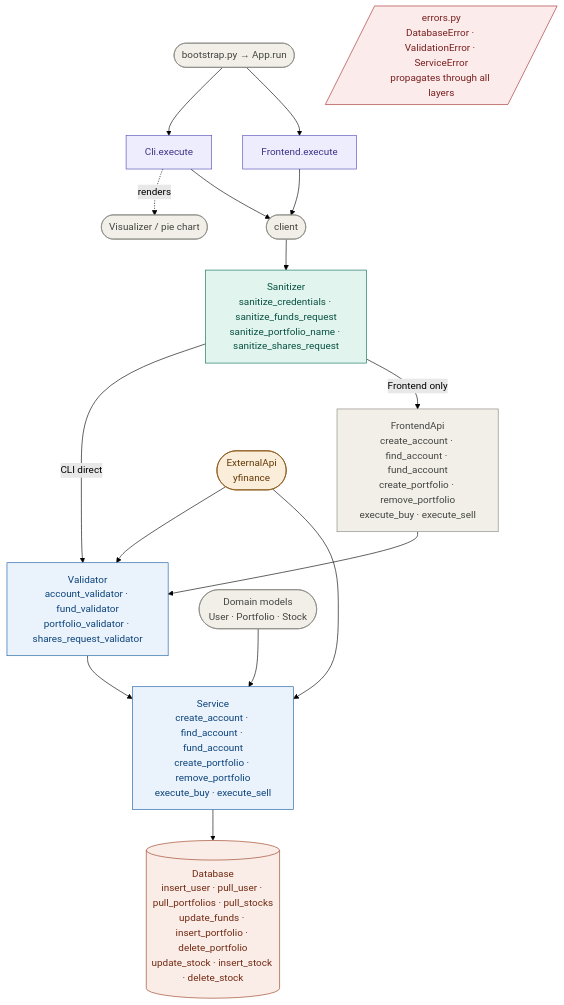
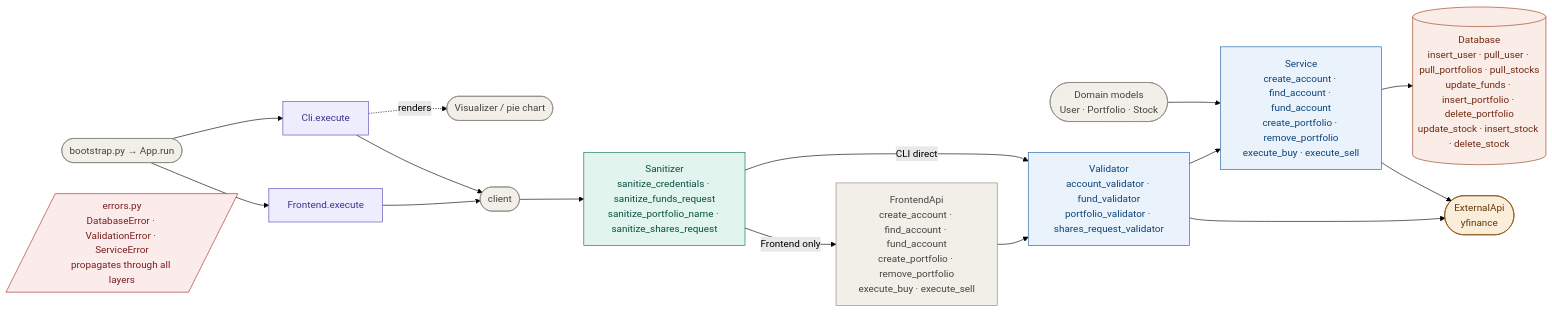
Before and after one commit to Aditi1900/investment-app: the diagram in README.md, drawn with Mermaid (forest theme).

Commit message:
still mermaid testing

````diff
--- a/README.md
+++ b/README.md
@@ -1,42 +1,47 @@
 ```mermaid
-flowchart TD
+flowchart LR
+    DOM([Domain models\nUser · Portfolio · Stock])
+
     A([bootstrap.py → App.run])
 
     A --> B[Cli.execute]
     A --> C[Frontend.execute]
     B -.->|renders| VIZ([Visualizer / pie chart])
 
     B --> D([client])
     C --> D
 
     D --> E[Sanitizer\nsanitize_credentials · sanitize_funds_request\nsanitize_portfolio_name · sanitize_shares_request]
 
     E -->|CLI direct| G
     E -->|Frontend only| F[FrontendApi\ncreate_account · find_account · fund_account\ncreate_portfolio · remove_portfolio\nexecute_buy · execute_sell]
     F --> G
 
-    EXT([ExternalApi\nyfinance]) --> G
-    EXT([ExternalApi\nyfinance]) --> H
-    DOM([Domain models\nUser · Portfolio · Stock]) --> H
+    %% Domain models on LEFT (feed into service)
+    DOM --> H
 
     G[Validator\naccount_validator · fund_validator\nportfolio_validator · shares_request_validator]
     G --> H[Service\ncreate_account · find_account · fund_account\ncreate_portfolio · remove_portfolio\nexecute_buy · execute_sell]
 
     H --> I[(Database\ninsert_user · pull_user · pull_portfolios · pull_stocks\nupdate_funds · insert_portfolio · delete_portfolio\nupdate_stock · insert_stock · delete_stock)]
+
+    %% External API on RIGHT (used by service)
+    H --> EXT([ExternalApi\nyfinance])
+    G --> EXT
 
     ERR[/errors.py\nDatabaseError · ValidationError · ServiceError\npropagates through all layers/]
 
     style A fill:#F1EFE8,stroke:#888780,color:#444441
     style D fill:#F1EFE8,stroke:#888780,color:#444441
     style VIZ fill:#F1EFE8,stroke:#888780,color:#444441
     style B fill:#EEEDFE,stroke:#534AB7,color:#3C3489
     style C fill:#EEEDFE,stroke:#534AB7,color:#3C3489
     style E fill:#E1F5EE,stroke:#0F6E56,color:#085041
     style F fill:#F1EFE8,stroke:#888780,color:#444441
     style G fill:#EAF2FB,stroke:#185FA5,color:#0C447C
     style H fill:#EAF2FB,stroke:#185FA5,color:#0C447C
     style I fill:#FAECE7,stroke:#993C1D,color:#712B13
     style EXT fill:#FAEEDA,stroke:#854F0B,color:#633806
     style DOM fill:#F1EFE8,stroke:#888780,color:#444441
     style ERR fill:#FCEBEB,stroke:#A32D2D,color:#791F1F
 ```
````
